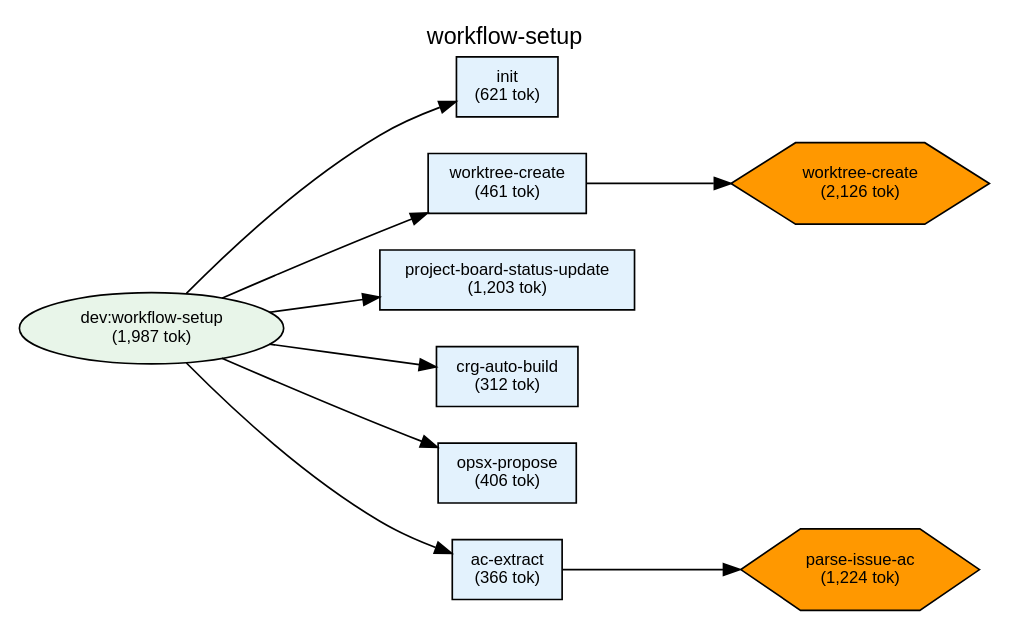
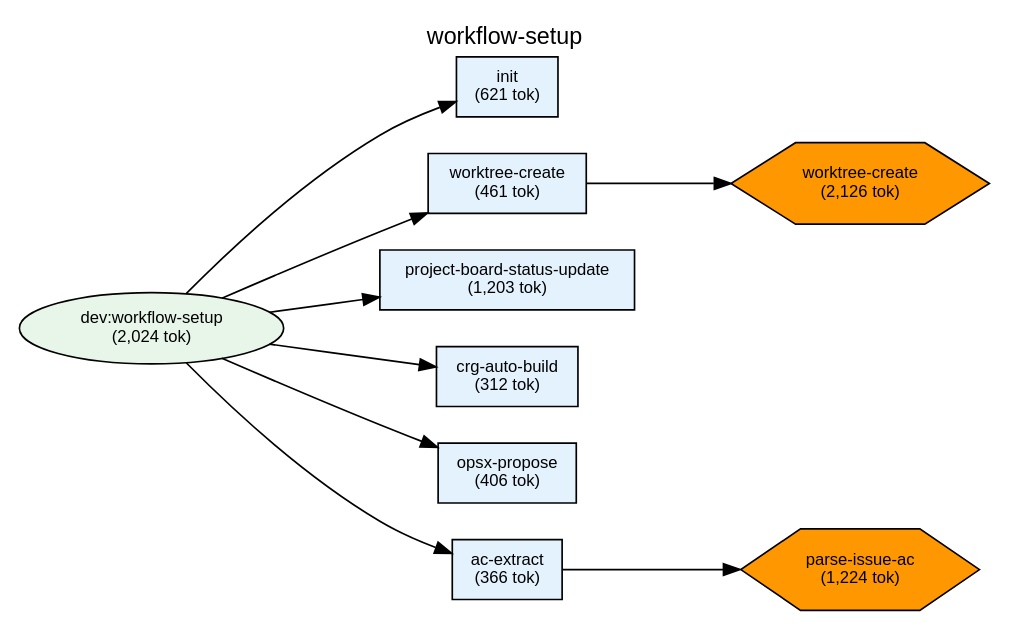
The diagram in plugins/dev/docs/deps-workflow-setup.dot (shuu5/twill), drawn with Graphviz before and after one commit. The commit also changed 19 other files, not shown here.

```diff
--- a/plugins/dev/docs/deps-workflow-setup.dot
+++ b/plugins/dev/docs/deps-workflow-setup.dot
@@ -1,62 +1,62 @@
 digraph Dependencies {
     // Graph settings
     rankdir=LR;
     ranksep=0.8;
     nodesep=0.3;
     fontname="Helvetica";
     node [fontname="Helvetica", fontsize=10];
     edge [fontname="Helvetica", fontsize=9];
     label="workflow-setup";
     labelloc=t;
     fontsize=14;
 
     // L0: Controller Skills
 
     // L0: Launchers
 
     // L0.5: Workflow Skills
-    skill_workflow_setup [label="dev:workflow-setup\n(1,987 tok)", shape=ellipse, style=filled, fillcolor="#e8f5e9"];
+    skill_workflow_setup [label="dev:workflow-setup\n(2,024 tok)", shape=ellipse, style=filled, fillcolor="#e8f5e9"];
 
     // Reference Skills
 
     // L1: Direct Commands
     cmd_init [label="init\n(621 tok)", shape=box, style=filled, fillcolor="#e3f2fd"];
     cmd_worktree_create [label="worktree-create\n(461 tok)", shape=box, style=filled, fillcolor="#e3f2fd"];
     cmd_project_board_status_update [label="project-board-status-update\n(1,203 tok)", shape=box, style=filled, fillcolor="#e3f2fd"];
     cmd_crg_auto_build [label="crg-auto-build\n(312 tok)", shape=box, style=filled, fillcolor="#e3f2fd"];
     cmd_opsx_propose [label="opsx-propose\n(406 tok)", shape=box, style=filled, fillcolor="#e3f2fd"];
     cmd_ac_extract [label="ac-extract\n(366 tok)", shape=box, style=filled, fillcolor="#e3f2fd"];
 
     // L2: Sub Commands
 
     // L3: Agents
 
     // L3.5: Scripts
     script_worktree_create [label="worktree-create\n(2,126 tok)", shape=hexagon, style=filled, fillcolor="#FF9800"];
     script_parse_issue_ac [label="parse-issue-ac\n(1,224 tok)", shape=hexagon, style=filled, fillcolor="#FF9800"];
 
     // L4: External
 
     // Layer constraints
     { rank=same; skill_workflow_setup; }
     { rank=same; cmd_init; cmd_worktree_create; cmd_project_board_status_update; cmd_crg_auto_build; cmd_opsx_propose; cmd_ac_extract; }
     { rank=same; script_worktree_create; script_parse_issue_ac; }
 
     // Edges
     skill_workflow_setup -> cmd_init;
     skill_workflow_setup -> cmd_worktree_create;
     skill_workflow_setup -> cmd_project_board_status_update;
     skill_workflow_setup -> cmd_crg_auto_build;
     skill_workflow_setup -> cmd_opsx_propose;
     skill_workflow_setup -> cmd_ac_extract;
     cmd_worktree_create -> script_worktree_create;
     cmd_ac_extract -> script_parse_issue_ac;
 
     // Ordering constraints (invisible edges)
     cmd_init -> cmd_worktree_create [style=invis, weight=10];
     cmd_worktree_create -> cmd_project_board_status_update [style=invis, weight=10];
     cmd_project_board_status_update -> cmd_crg_auto_build [style=invis, weight=10];
     cmd_crg_auto_build -> cmd_opsx_propose [style=invis, weight=10];
     cmd_opsx_propose -> cmd_ac_extract [style=invis, weight=10];
 
 }
```
